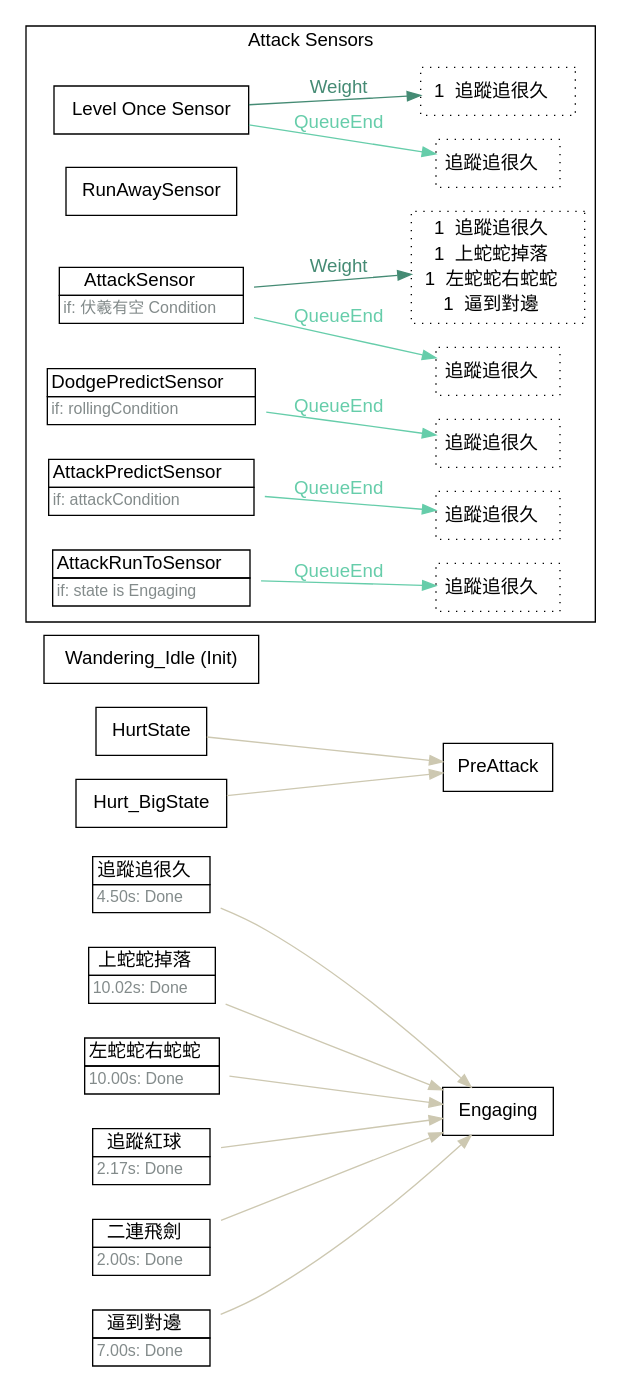
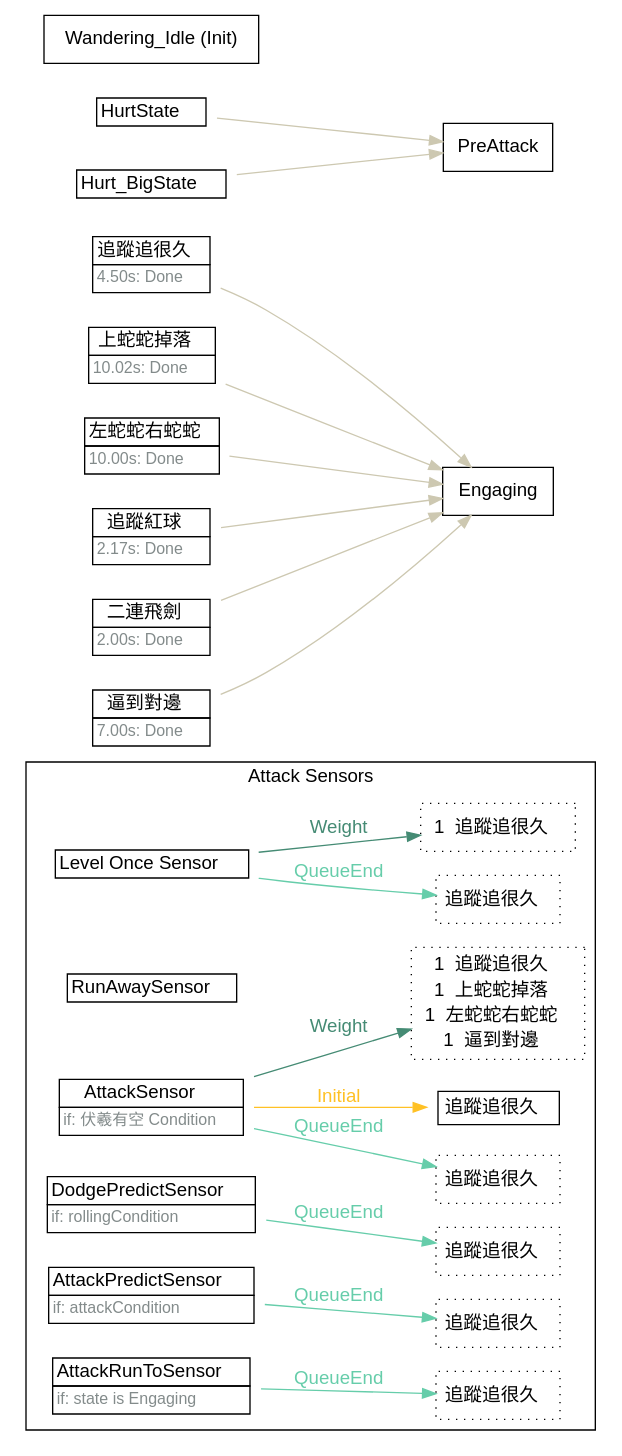
One commit to nine-sols-modding/StateDump changed the diagram in Attacks/Boss/Nuwa/data.dot. Above: the diagram before and after it, drawn with Graphviz. The commit also changed 463 other files, not shown here.

```diff
--- a/Attacks/Boss/Nuwa/data.dot
+++ b/Attacks/Boss/Nuwa/data.dot
@@ -1,50 +1,50 @@
 strict digraph "Foo" {
 	"rankdir"="LR";
-	node ["shape"="box", "fontname"="Helvetica"];
+	node ["shape"="box","fontname"="Helvetica"];
 	edge ["fontname"="Helvetica"];
-	" 追蹤追很久" ["shape"="plaintext", "label"=<<TABLE border="0" cellborder="1" cellspacing="0" cellpadding="2"><TR><TD > 追蹤追很久  </TD></TR><TR><TD align="left" balign="left"><FONT point-size="12" color="azure4">4.50s: Done</FONT>  </TD></TR></TABLE>>]
-	" 追蹤追很久" -> "Engaging"  ["color"="cornsilk3", "fontcolor"="cornsilk3"]
-	" 上蛇蛇掉落" ["shape"="plaintext", "label"=<<TABLE border="0" cellborder="1" cellspacing="0" cellpadding="2"><TR><TD > 上蛇蛇掉落  </TD></TR><TR><TD align="left" balign="left"><FONT point-size="12" color="azure4">10.02s: Done</FONT>  </TD></TR></TABLE>>]
-	" 上蛇蛇掉落" -> "Engaging"  ["color"="cornsilk3", "fontcolor"="cornsilk3"]
-	" 左蛇蛇右蛇蛇" ["shape"="plaintext", "label"=<<TABLE border="0" cellborder="1" cellspacing="0" cellpadding="2"><TR><TD > 左蛇蛇右蛇蛇  </TD></TR><TR><TD align="left" balign="left"><FONT point-size="12" color="azure4">10.00s: Done</FONT>  </TD></TR></TABLE>>]
-	" 左蛇蛇右蛇蛇" -> "Engaging"  ["color"="cornsilk3", "fontcolor"="cornsilk3"]
-	" 追蹤紅球" ["shape"="plaintext", "label"=<<TABLE border="0" cellborder="1" cellspacing="0" cellpadding="2"><TR><TD > 追蹤紅球  </TD></TR><TR><TD align="left" balign="left"><FONT point-size="12" color="azure4">2.17s: Done</FONT>  </TD></TR></TABLE>>]
-	" 追蹤紅球" -> "Engaging"  ["color"="cornsilk3", "fontcolor"="cornsilk3"]
-	" 二連飛劍" ["shape"="plaintext", "label"=<<TABLE border="0" cellborder="1" cellspacing="0" cellpadding="2"><TR><TD > 二連飛劍  </TD></TR><TR><TD align="left" balign="left"><FONT point-size="12" color="azure4">2.00s: Done</FONT>  </TD></TR></TABLE>>]
-	" 二連飛劍" -> "Engaging"  ["color"="cornsilk3", "fontcolor"="cornsilk3"]
-	" 逼到對邊" ["shape"="plaintext", "label"=<<TABLE border="0" cellborder="1" cellspacing="0" cellpadding="2"><TR><TD > 逼到對邊  </TD></TR><TR><TD align="left" balign="left"><FONT point-size="12" color="azure4">7.00s: Done</FONT>  </TD></TR></TABLE>>]
-	" 逼到對邊" -> "Engaging"  ["color"="cornsilk3", "fontcolor"="cornsilk3"]
-	"HurtState" ["label"="HurtState"]
-	"HurtState" -> "PreAttack"  ["color"="cornsilk3", "fontcolor"="cornsilk3"]
-	"Hurt_BigState" ["label"="Hurt_BigState"]
-	"Hurt_BigState" -> "PreAttack"  ["color"="cornsilk3", "fontcolor"="cornsilk3"]
-	"Wandering_Idle" ["label"="Wandering_Idle (Init)"]
 	subgraph "cluster_attacksensors" {
 		"rank"="sink";
 		"label"="Attack Sensors";
 		"fontname"="Helvetica";
-		"Level Once Sensor" ["label"="Level Once Sensor"]
-		"Level Once Sensor_linked" ["shape"="box", "style"="dotted", "label"=<<TABLE border="0" cellborder="0" cellspacing="0" cellpadding="2"><TR><TD> 追蹤追很久  </TD></TR></TABLE>>, "margin"="0.05"]
-		"Level Once Sensor" -> "Level Once Sensor_linked"  ["label"="QueueEnd", "color"="aquamarine3", "fontcolor"="aquamarine3"]
-		"Level Once Sensor_mustuse" ["shape"="box", "style"="dotted", "label"=<<TABLE border="0" cellborder="0" cellspacing="0" cellpadding="2"><TR><TD>1  追蹤追很久  </TD></TR></TABLE>>]
-		"Level Once Sensor" -> "Level Once Sensor_mustuse"  ["label"="Weight", "color"="aquamarine4", "fontcolor"="aquamarine4"]
-		"RunAwaySensor" ["label"="RunAwaySensor"]
-		"AttackSensor" ["shape"="plaintext", "label"=<<TABLE border="0" cellborder="1" cellspacing="0" cellpadding="2"><TR><TD >AttackSensor  </TD></TR><TR><TD align="left" balign="left"><FONT point-size="12" color="azure4">if: 伏羲有空 Condition</FONT>  </TD></TR></TABLE>>]
-		"AttackSensor_linked" ["shape"="box", "style"="dotted", "label"=<<TABLE border="0" cellborder="0" cellspacing="0" cellpadding="2"><TR><TD> 追蹤追很久  </TD></TR></TABLE>>, "margin"="0.05"]
-		"AttackSensor" -> "AttackSensor_linked"  ["label"="QueueEnd", "color"="aquamarine3", "fontcolor"="aquamarine3"]
-		"AttackSensor_mustuse" ["shape"="plaintext", "label"=<<TABLE border="0" cellborder="1" cellspacing="0" cellpadding="4"><TR><TD> 追蹤追很久  </TD></TR></TABLE>>]
-		"AttackSensor" -> "AttackSensor_mustuse"  ["label"="Initial", "color"="goldenrod1", "fontcolor"="goldenrod1"]
-		"AttackSensor_mustuse" ["shape"="box", "style"="dotted", "label"=<<TABLE border="0" cellborder="0" cellspacing="0" cellpadding="2"><TR><TD>1  追蹤追很久  </TD></TR><TR><TD>1  上蛇蛇掉落  </TD></TR><TR><TD>1  左蛇蛇右蛇蛇  </TD></TR><TR><TD>1  逼到對邊  </TD></TR></TABLE>>]
-		"AttackSensor" -> "AttackSensor_mustuse"  ["label"="Weight", "color"="aquamarine4", "fontcolor"="aquamarine4"]
-		"DodgePredictSensor" ["shape"="plaintext", "label"=<<TABLE border="0" cellborder="1" cellspacing="0" cellpadding="2"><TR><TD >DodgePredictSensor  </TD></TR><TR><TD align="left" balign="left"><FONT point-size="12" color="azure4">if: rollingCondition</FONT>  </TD></TR></TABLE>>]
-		"DodgePredictSensor_linked" ["shape"="box", "style"="dotted", "label"=<<TABLE border="0" cellborder="0" cellspacing="0" cellpadding="2"><TR><TD> 追蹤追很久  </TD></TR></TABLE>>, "margin"="0.05"]
-		"DodgePredictSensor" -> "DodgePredictSensor_linked"  ["label"="QueueEnd", "color"="aquamarine3", "fontcolor"="aquamarine3"]
-		"AttackPredictSensor" ["shape"="plaintext", "label"=<<TABLE border="0" cellborder="1" cellspacing="0" cellpadding="2"><TR><TD >AttackPredictSensor  </TD></TR><TR><TD align="left" balign="left"><FONT point-size="12" color="azure4">if: attackCondition</FONT>  </TD></TR></TABLE>>]
-		"AttackPredictSensor_linked" ["shape"="box", "style"="dotted", "label"=<<TABLE border="0" cellborder="0" cellspacing="0" cellpadding="2"><TR><TD> 追蹤追很久  </TD></TR></TABLE>>, "margin"="0.05"]
-		"AttackPredictSensor" -> "AttackPredictSensor_linked"  ["label"="QueueEnd", "color"="aquamarine3", "fontcolor"="aquamarine3"]
-		"AttackRunToSensor" ["shape"="plaintext", "label"=<<TABLE border="0" cellborder="1" cellspacing="0" cellpadding="2"><TR><TD >AttackRunToSensor  </TD></TR><TR><TD align="left" balign="left"><FONT point-size="12" color="azure4">if: state is Engaging</FONT>  </TD></TR></TABLE>>]
-		"AttackRunToSensor_linked" ["shape"="box", "style"="dotted", "label"=<<TABLE border="0" cellborder="0" cellspacing="0" cellpadding="2"><TR><TD> 追蹤追很久  </TD></TR></TABLE>>, "margin"="0.05"]
-		"AttackRunToSensor" -> "AttackRunToSensor_linked"  ["label"="QueueEnd", "color"="aquamarine3", "fontcolor"="aquamarine3"]
+		"Level Once Sensor" ["shape"="plaintext","label"=<<TABLE border="0" cellspacing="0" cellborder="1" cellpadding="2"><TR><TD>Level Once Sensor  </TD></TR></TABLE>>]
+		"Level Once Sensor_linked" ["shape"="box","style"="dotted","label"=<<TABLE border="0" cellspacing="0" cellborder="0" cellpadding="2"><TR><TD> 追蹤追很久  </TD></TR></TABLE>>,"margin"="0.05"]
+		"Level Once Sensor" -> "Level Once Sensor_linked"  ["label"="QueueEnd","color"="aquamarine3","fontcolor"="aquamarine3"]
+		"Level Once Sensor_weight" ["shape"="box","style"="dotted","label"=<<TABLE border="0" cellspacing="0" cellborder="0" cellpadding="2"><TR><TD>1  追蹤追很久  </TD></TR></TABLE>>]
+		"Level Once Sensor" -> "Level Once Sensor_weight"  ["label"="Weight","color"="aquamarine4","fontcolor"="aquamarine4"]
+		"RunAwaySensor" ["shape"="plaintext","label"=<<TABLE border="0" cellspacing="0" cellborder="1" cellpadding="2"><TR><TD>RunAwaySensor  </TD></TR></TABLE>>]
+		"AttackSensor" ["shape"="plaintext","label"=<<TABLE border="0" cellspacing="0" cellborder="1" cellpadding="2"><TR><TD>AttackSensor  </TD></TR><TR><TD align="left" balign="left"><FONT point-size="12" color="azure4">if: 伏羲有空 Condition</FONT>  </TD></TR></TABLE>>]
+		"AttackSensor_linked" ["shape"="box","style"="dotted","label"=<<TABLE border="0" cellspacing="0" cellborder="0" cellpadding="2"><TR><TD> 追蹤追很久  </TD></TR></TABLE>>,"margin"="0.05"]
+		"AttackSensor" -> "AttackSensor_linked"  ["label"="QueueEnd","color"="aquamarine3","fontcolor"="aquamarine3"]
+		"AttackSensor_mustuse" ["shape"="plaintext","label"=<<TABLE border="0" cellspacing="0" cellborder="1" cellpadding="4"><TR><TD> 追蹤追很久  </TD></TR></TABLE>>]
+		"AttackSensor" -> "AttackSensor_mustuse"  ["label"="Initial","color"="goldenrod1","fontcolor"="goldenrod1"]
+		"AttackSensor_weight" ["shape"="box","style"="dotted","label"=<<TABLE border="0" cellspacing="0" cellborder="0" cellpadding="2"><TR><TD>1  追蹤追很久  </TD></TR><TR><TD>1  上蛇蛇掉落  </TD></TR><TR><TD>1  左蛇蛇右蛇蛇  </TD></TR><TR><TD>1  逼到對邊  </TD></TR></TABLE>>]
+		"AttackSensor" -> "AttackSensor_weight"  ["label"="Weight","color"="aquamarine4","fontcolor"="aquamarine4"]
+		"DodgePredictSensor" ["shape"="plaintext","label"=<<TABLE border="0" cellspacing="0" cellborder="1" cellpadding="2"><TR><TD>DodgePredictSensor  </TD></TR><TR><TD align="left" balign="left"><FONT point-size="12" color="azure4">if: rollingCondition</FONT>  </TD></TR></TABLE>>]
+		"DodgePredictSensor_linked" ["shape"="box","style"="dotted","label"=<<TABLE border="0" cellspacing="0" cellborder="0" cellpadding="2"><TR><TD> 追蹤追很久  </TD></TR></TABLE>>,"margin"="0.05"]
+		"DodgePredictSensor" -> "DodgePredictSensor_linked"  ["label"="QueueEnd","color"="aquamarine3","fontcolor"="aquamarine3"]
+		"AttackPredictSensor" ["shape"="plaintext","label"=<<TABLE border="0" cellspacing="0" cellborder="1" cellpadding="2"><TR><TD>AttackPredictSensor  </TD></TR><TR><TD align="left" balign="left"><FONT point-size="12" color="azure4">if: attackCondition</FONT>  </TD></TR></TABLE>>]
+		"AttackPredictSensor_linked" ["shape"="box","style"="dotted","label"=<<TABLE border="0" cellspacing="0" cellborder="0" cellpadding="2"><TR><TD> 追蹤追很久  </TD></TR></TABLE>>,"margin"="0.05"]
+		"AttackPredictSensor" -> "AttackPredictSensor_linked"  ["label"="QueueEnd","color"="aquamarine3","fontcolor"="aquamarine3"]
+		"AttackRunToSensor" ["shape"="plaintext","label"=<<TABLE border="0" cellspacing="0" cellborder="1" cellpadding="2"><TR><TD>AttackRunToSensor  </TD></TR><TR><TD align="left" balign="left"><FONT point-size="12" color="azure4">if: state is Engaging</FONT>  </TD></TR></TABLE>>]
+		"AttackRunToSensor_linked" ["shape"="box","style"="dotted","label"=<<TABLE border="0" cellspacing="0" cellborder="0" cellpadding="2"><TR><TD> 追蹤追很久  </TD></TR></TABLE>>,"margin"="0.05"]
+		"AttackRunToSensor" -> "AttackRunToSensor_linked"  ["label"="QueueEnd","color"="aquamarine3","fontcolor"="aquamarine3"]
 	}
 	
+	" 追蹤追很久" -> "Engaging"  ["color"="cornsilk3","fontcolor"="cornsilk3"]
+	" 追蹤追很久" ["shape"="plaintext","label"=<<TABLE border="0" cellspacing="0" cellborder="1" cellpadding="2"><TR><TD> 追蹤追很久  </TD></TR><TR><TD align="left" balign="left"><FONT point-size="12" color="azure4">4.50s: Done</FONT>  </TD></TR></TABLE>>]
+	" 上蛇蛇掉落" -> "Engaging"  ["color"="cornsilk3","fontcolor"="cornsilk3"]
+	" 上蛇蛇掉落" ["shape"="plaintext","label"=<<TABLE border="0" cellspacing="0" cellborder="1" cellpadding="2"><TR><TD> 上蛇蛇掉落  </TD></TR><TR><TD align="left" balign="left"><FONT point-size="12" color="azure4">10.02s: Done</FONT>  </TD></TR></TABLE>>]
+	" 左蛇蛇右蛇蛇" -> "Engaging"  ["color"="cornsilk3","fontcolor"="cornsilk3"]
+	" 左蛇蛇右蛇蛇" ["shape"="plaintext","label"=<<TABLE border="0" cellspacing="0" cellborder="1" cellpadding="2"><TR><TD> 左蛇蛇右蛇蛇  </TD></TR><TR><TD align="left" balign="left"><FONT point-size="12" color="azure4">10.00s: Done</FONT>  </TD></TR></TABLE>>]
+	" 追蹤紅球" -> "Engaging"  ["color"="cornsilk3","fontcolor"="cornsilk3"]
+	" 追蹤紅球" ["shape"="plaintext","label"=<<TABLE border="0" cellspacing="0" cellborder="1" cellpadding="2"><TR><TD> 追蹤紅球  </TD></TR><TR><TD align="left" balign="left"><FONT point-size="12" color="azure4">2.17s: Done</FONT>  </TD></TR></TABLE>>]
+	" 二連飛劍" -> "Engaging"  ["color"="cornsilk3","fontcolor"="cornsilk3"]
+	" 二連飛劍" ["shape"="plaintext","label"=<<TABLE border="0" cellspacing="0" cellborder="1" cellpadding="2"><TR><TD> 二連飛劍  </TD></TR><TR><TD align="left" balign="left"><FONT point-size="12" color="azure4">2.00s: Done</FONT>  </TD></TR></TABLE>>]
+	" 逼到對邊" -> "Engaging"  ["color"="cornsilk3","fontcolor"="cornsilk3"]
+	" 逼到對邊" ["shape"="plaintext","label"=<<TABLE border="0" cellspacing="0" cellborder="1" cellpadding="2"><TR><TD> 逼到對邊  </TD></TR><TR><TD align="left" balign="left"><FONT point-size="12" color="azure4">7.00s: Done</FONT>  </TD></TR></TABLE>>]
+	"HurtState" -> "PreAttack"  ["color"="cornsilk3","fontcolor"="cornsilk3"]
+	"HurtState" ["shape"="plaintext","label"=<<TABLE border="0" cellspacing="0" cellborder="1" cellpadding="2"><TR><TD>HurtState  </TD></TR></TABLE>>]
+	"Hurt_BigState" -> "PreAttack"  ["color"="cornsilk3","fontcolor"="cornsilk3"]
+	"Hurt_BigState" ["shape"="plaintext","label"=<<TABLE border="0" cellspacing="0" cellborder="1" cellpadding="2"><TR><TD>Hurt_BigState  </TD></TR></TABLE>>]
+	"Wandering_Idle" ["label"="Wandering_Idle (Init)"]
 }
```
